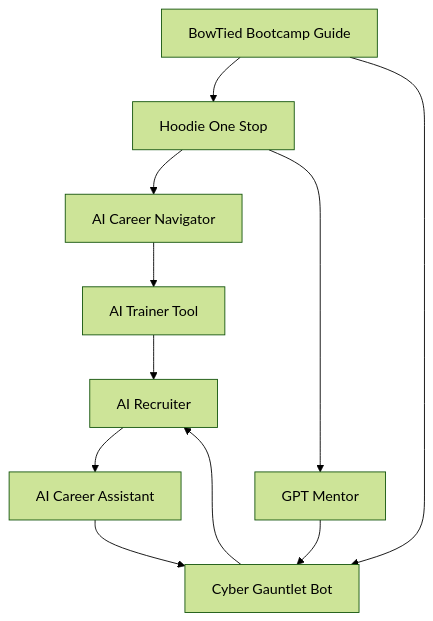
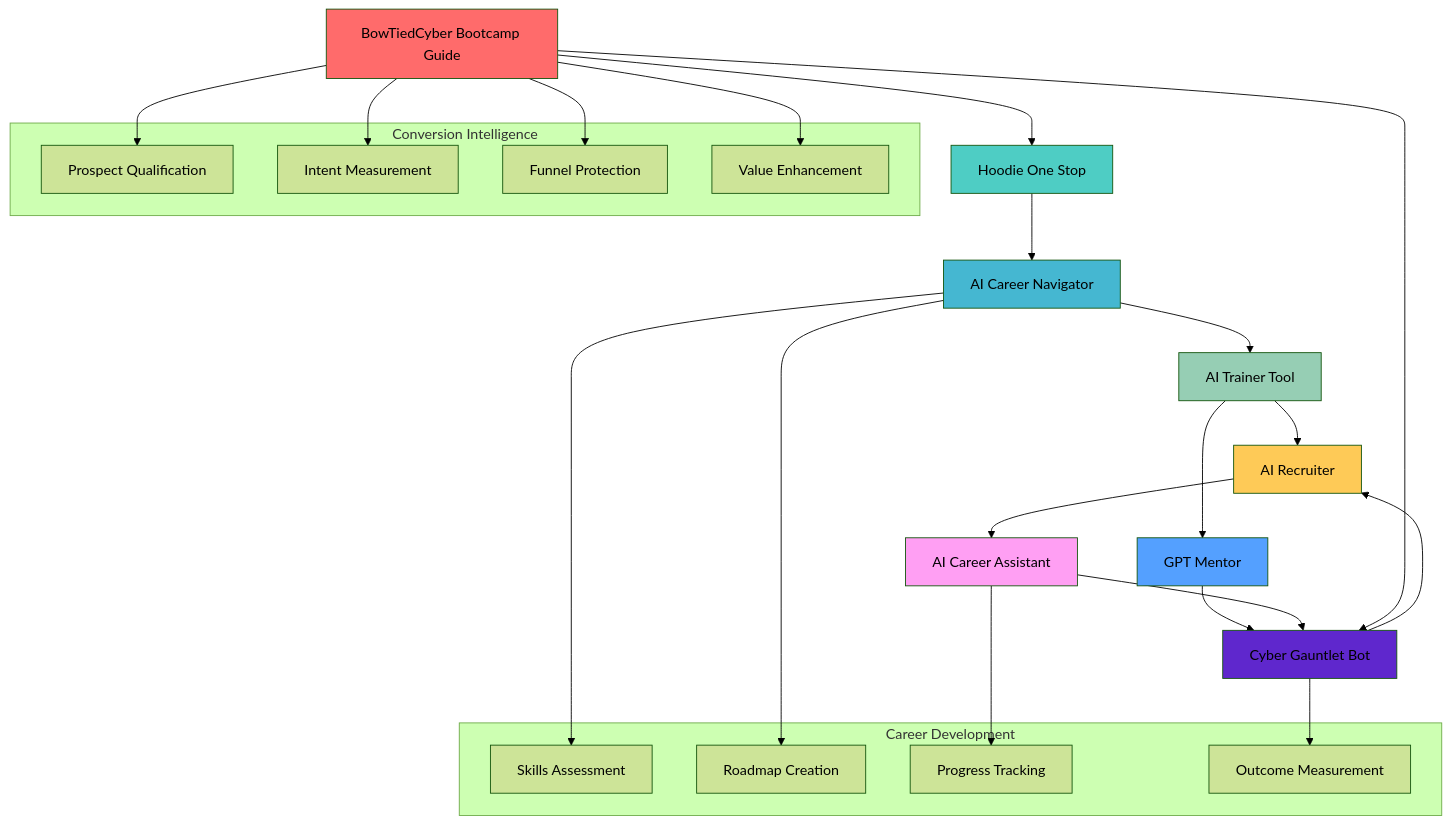
The first of 6 diagrams in README.md (shadowdevnotreal/BowTied-Cyber-AI-Ecosystem), drawn with Mermaid (forest theme) before and after one commit. The commit also changed other lines of this file, not shown here.

````diff
--- a/README.md
+++ b/README.md
@@ -27,13 +211,46 @@
 ```mermaid
 graph TD
-    A[BowTied Bootcamp Guide] --> B[Hoodie One Stop]
+    A[BowTiedCyber Bootcamp Guide] --> B[Hoodie One Stop]
     B --> C[AI Career Navigator]
-    C --> D[AI Trainer Tool] 
+    C --> D[AI Trainer Tool]
     D --> E[AI Recruiter]
     E --> F[AI Career Assistant]
-    B --> G[GPT Mentor]
+    D --> G[GPT Mentor]
     G --> H[Cyber Gauntlet Bot]
     F --> H
     H --> E
     A --> H
+    
+    subgraph "Conversion Intelligence"
+        I[Prospect Qualification]
+        J[Intent Measurement]
+        K[Funnel Protection]
+        L[Value Enhancement]
+    end
+    
+    subgraph "Career Development"
+        M[Skills Assessment]
+        N[Roadmap Creation]
+        O[Progress Tracking]
+        P[Outcome Measurement]
+    end
+    
+    A --> I
+    A --> J
+    A --> K
+    A --> L
+    
+    C --> M
+    C --> N
+    F --> O
+    H --> P
+    
+    style A fill:#ff6b6b
+    style B fill:#4ecdc4
+    style C fill:#45b7d1
+    style D fill:#96ceb4
+    style E fill:#feca57
+    style F fill:#ff9ff3
+    style G fill:#54a0ff
+    style H fill:#5f27cd
 ```
````
